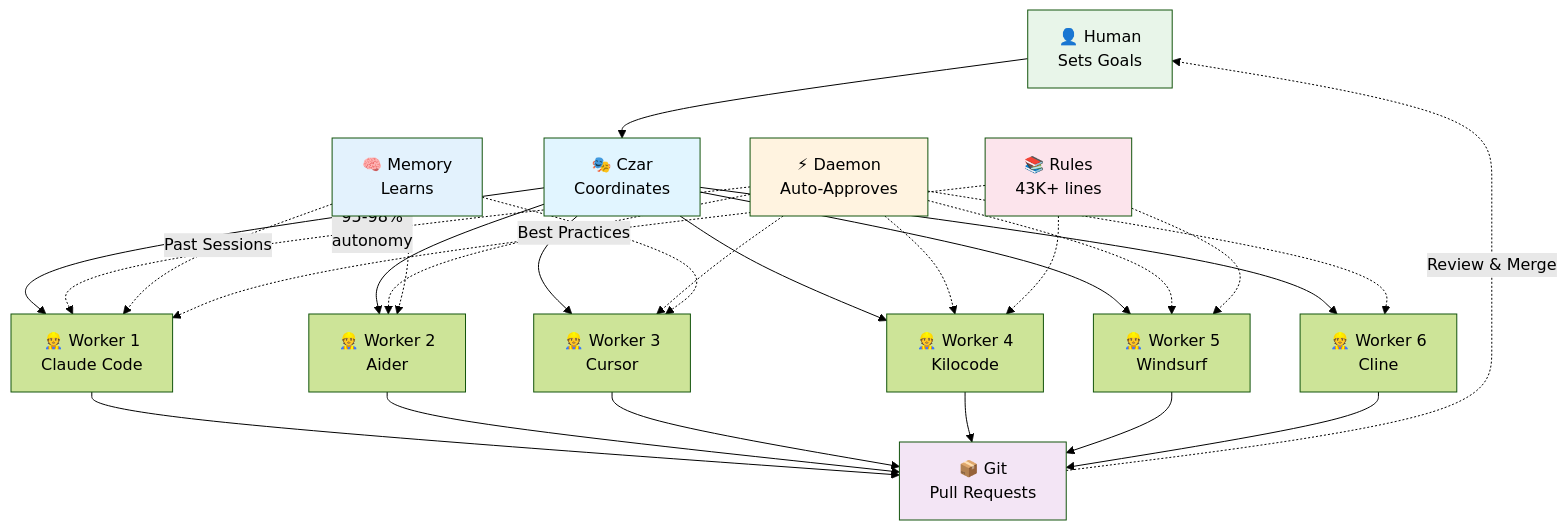
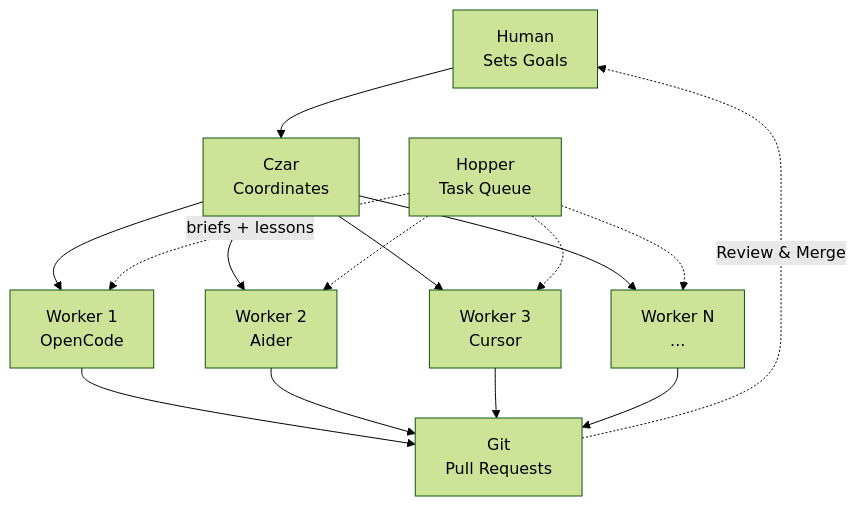
One commit to apathy-ca/czarina changed the diagram in README.md. Above: the diagram before and after it, drawn with Mermaid (forest theme). The commit also changed other lines of this file and 23 other files, not shown here.

````diff
--- a/README.md
+++ b/README.md
@@ -13,42 +13,21 @@
 ```mermaid
 graph TB
-    H[👤 Human<br/>Sets Goals] --> C[🎭 Czar<br/>Coordinates]
+    H[Human<br/>Sets Goals] --> C[Czar<br/>Coordinates]
 
-    C --> W1[👷 Worker 1<br/>Claude Code]
-    C --> W2[👷 Worker 2<br/>Aider]
-    C --> W3[👷 Worker 3<br/>Cursor]
-    C --> W4[👷 Worker 4<br/>Kilocode]
-    C --> W5[👷 Worker 5<br/>Windsurf]
-    C --> W6[👷 Worker 6<br/>Cline]
+    C --> W1[Worker 1<br/>OpenCode]
+    C --> W2[Worker 2<br/>Aider]
+    C --> W3[Worker 3<br/>Cursor]
+    C --> Wn[Worker N<br/>...]
 
-    D[⚡ Daemon<br/>Auto-Approves] -.->|95-98%<br/>autonomy| W1
-    D -.-> W2
-    D -.-> W3
-    D -.-> W4
-    D -.-> W5
-    D -.-> W6
+    HP[Hopper<br/>Task Queue] -.->|briefs + lessons| W1
+    HP -.-> W2
+    HP -.-> W3
+    HP -.-> Wn
 
-    W1 --> G[📦 Git<br/>Pull Requests]
+    W1 --> G[Git<br/>Pull Requests]
     W2 --> G
     W3 --> G
-    W4 --> G
-    W5 --> G
-    W6 --> G
+    Wn --> G
 
     G -.->|Review & Merge| H
-
-    M[🧠 Memory<br/>Learns] -.->|Past Sessions| W1
-    M -.-> W2
-    M -.-> W3
-
-    R[📚 Rules<br/>43K+ lines] -.->|Best Practices| W1
-    R -.-> W4
-    R -.-> W5
-
-    style H fill:#e8f5e9
-    style C fill:#e1f5ff
-    style D fill:#fff3e0
-    style G fill:#f3e5f5
-    style M fill:#e3f2fd
-    style R fill:#fce4ec
 ```
````
